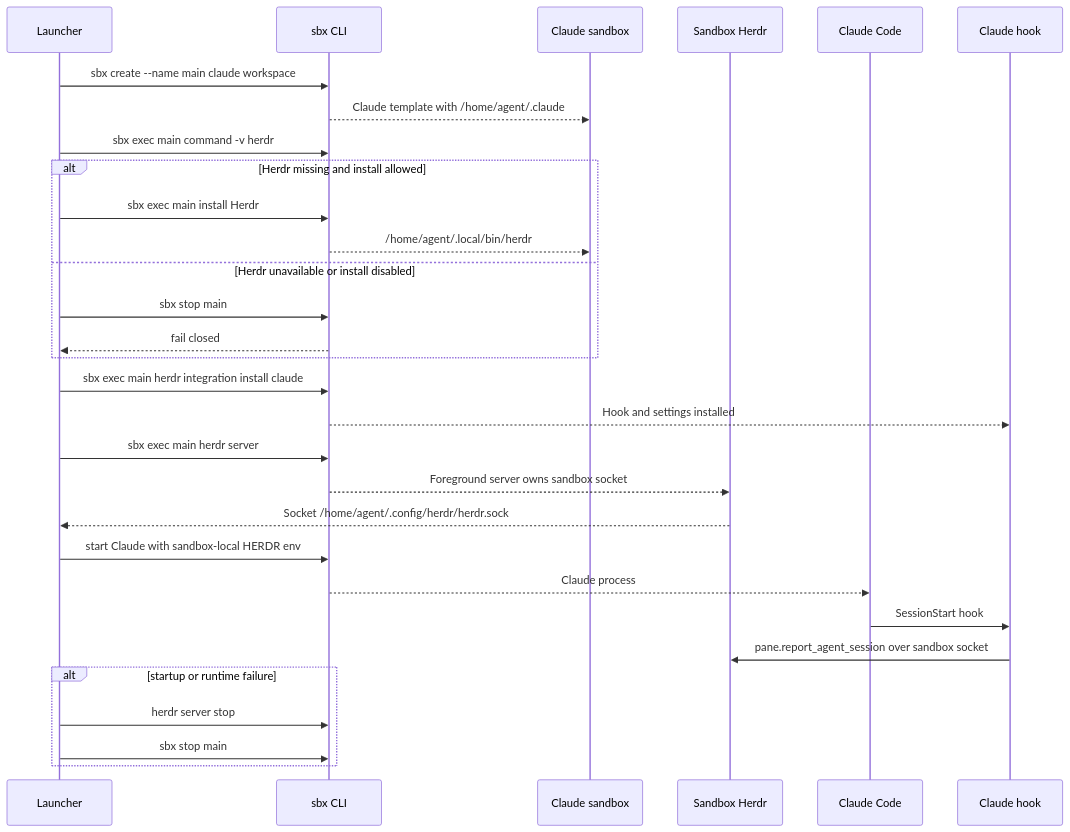
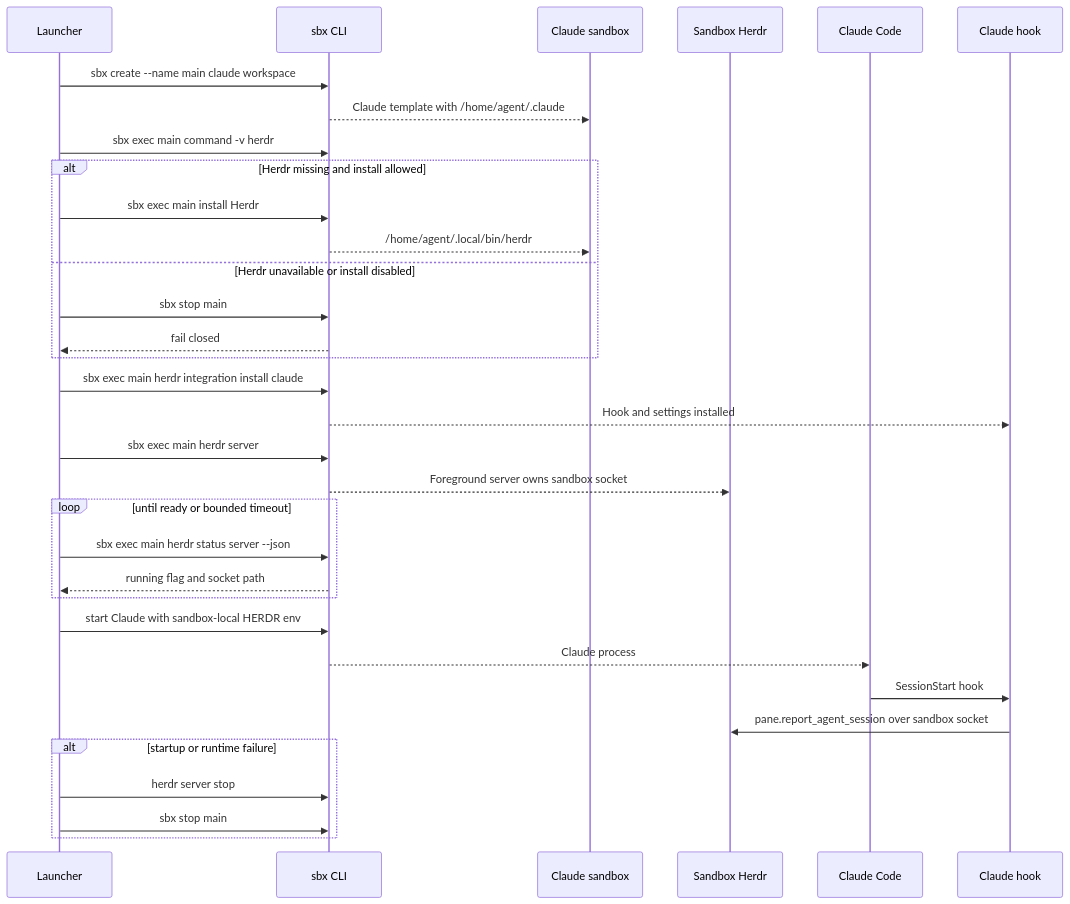
One commit to liu-qingyuan/safe-claude-sbx changed the second of 6 diagrams in docs/docker-sandbox-backend.md. Above: the diagram before and after it, drawn with Mermaid. The commit also changed other lines of this file and 4 other files, not shown here.

````diff
--- a/docs/docker-sandbox-backend.md
+++ b/docs/docker-sandbox-backend.md
@@ -525,33 +527,36 @@
 ```mermaid
 sequenceDiagram
     participant L as Launcher
     participant S as sbx CLI
     participant X as Claude sandbox
     participant H as Sandbox Herdr
     participant C as Claude Code
     participant K as Claude hook
 
     L->>S: sbx create --name main claude workspace
     S-->>X: Claude template with /home/agent/.claude
     L->>S: sbx exec main command -v herdr
     alt Herdr missing and install allowed
         L->>S: sbx exec main install Herdr
         S-->>X: /home/agent/.local/bin/herdr
     else Herdr unavailable or install disabled
         L->>S: sbx stop main
         S-->>L: fail closed
     end
     L->>S: sbx exec main herdr integration install claude
     S-->>K: Hook and settings installed
     L->>S: sbx exec main herdr server
     S-->>H: Foreground server owns sandbox socket
-    H-->>L: Socket /home/agent/.config/herdr/herdr.sock
+    loop until ready or bounded timeout
+        L->>S: sbx exec main herdr status server --json
+        S-->>L: running flag and socket path
+    end
     L->>S: start Claude with sandbox-local HERDR env
     S-->>C: Claude process
     C->>K: SessionStart hook
     K->>H: pane.report_agent_session over sandbox socket
     alt startup or runtime failure
         L->>S: herdr server stop
         L->>S: sbx stop main
     end
 ```
````
